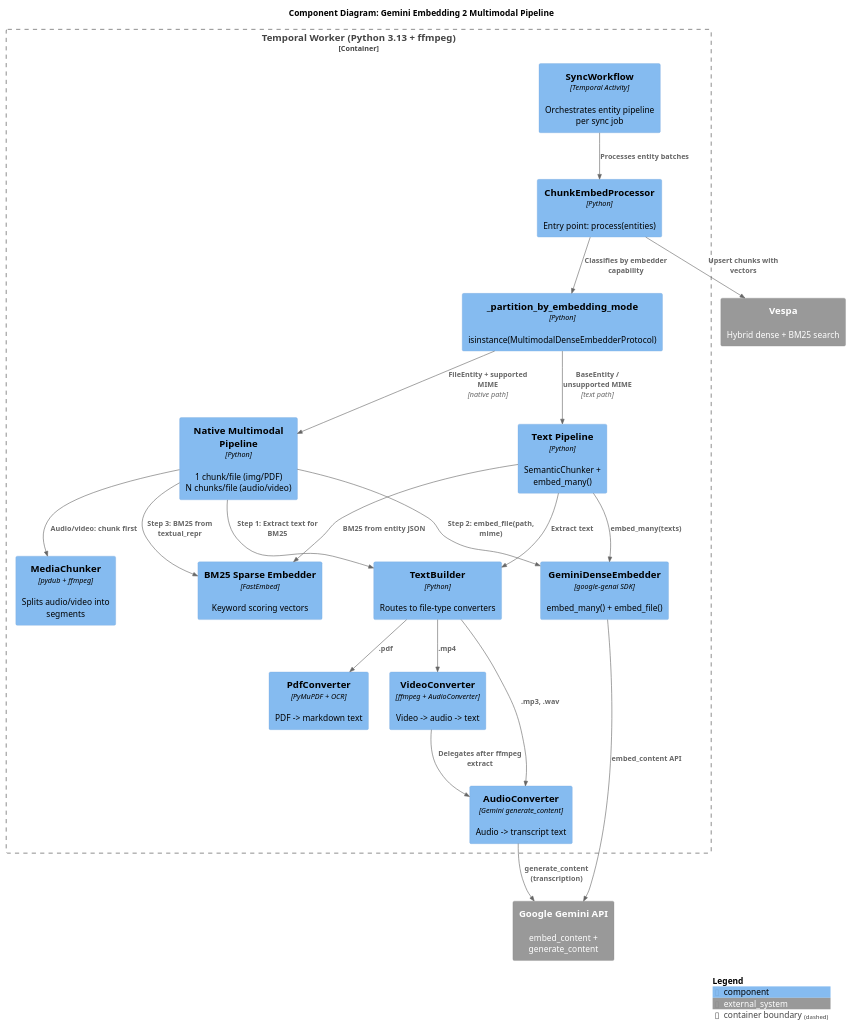
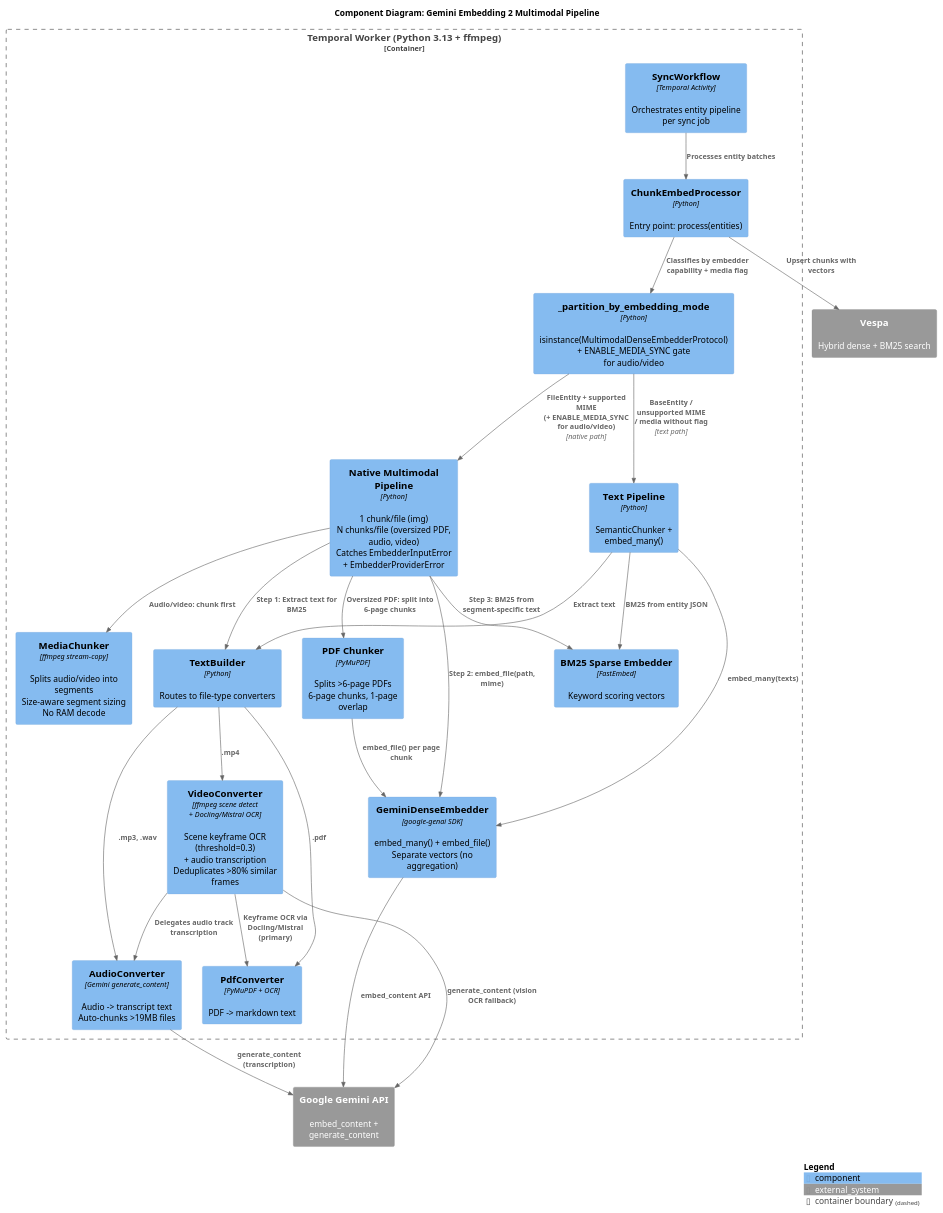
Before and after one commit to airweave-ai/airweave: the diagram in docs/gemini-embedding-2/c4-component.puml, drawn with PlantUML. The commit also changed 6 other files, not shown here.

First line of the commit message:
docs(gemini-embedding-2): comprehensive update to reflect full implementation

```diff
--- a/docs/gemini-embedding-2/c4-component.puml
+++ b/docs/gemini-embedding-2/c4-component.puml
@@ -1,55 +1,61 @@
 @startuml C4_Component_EmbeddingPipeline
 !include https://raw.githubusercontent.com/plantuml-stdlib/C4-PlantUML/master/C4_Component.puml
 
 title Component Diagram: Gemini Embedding 2 Multimodal Pipeline
 
 Container_Boundary(worker, "Temporal Worker (Python 3.13 + ffmpeg)") {
 
     Component(syncWf, "SyncWorkflow", "Temporal Activity", "Orchestrates entity pipeline per sync job")
 
     Component(chunkEmbed, "ChunkEmbedProcessor", "Python", "Entry point: process(entities)")
-    Component(partitioner, "_partition_by_embedding_mode", "Python", "isinstance(MultimodalDenseEmbedderProtocol)")
+    Component(partitioner, "_partition_by_embedding_mode", "Python", "isinstance(MultimodalDenseEmbedderProtocol)\n+ ENABLE_MEDIA_SYNC gate for audio/video")
 
-    Component(nativePipe, "Native Multimodal Pipeline", "Python", "1 chunk/file (img/PDF)\nN chunks/file (audio/video)")
+    Component(nativePipe, "Native Multimodal Pipeline", "Python", "1 chunk/file (img)\nN chunks/file (oversized PDF, audio, video)\nCatches EmbedderInputError + EmbedderProviderError")
+    Component(pdfChunker, "PDF Chunker", "PyMuPDF", "Splits >6-page PDFs\n6-page chunks, 1-page overlap")
     Component(textPipe, "Text Pipeline", "Python", "SemanticChunker + embed_many()")
 
     Component(textBuilder, "TextBuilder", "Python", "Routes to file-type converters")
-    Component(mediaChunker, "MediaChunker", "pydub + ffmpeg", "Splits audio/video into segments")
+    Component(mediaChunker, "MediaChunker", "ffmpeg stream-copy", "Splits audio/video into segments\nSize-aware segment sizing\nNo RAM decode")
 
-    Component(geminiEmbed, "GeminiDenseEmbedder", "google-genai SDK", "embed_many() + embed_file()")
+    Component(geminiEmbed, "GeminiDenseEmbedder", "google-genai SDK", "embed_many() + embed_file()\nSeparate vectors (no aggregation)")
     Component(sparseEmbed, "BM25 Sparse Embedder", "FastEmbed", "Keyword scoring vectors")
 
-    Component(audioConv, "AudioConverter", "Gemini generate_content", "Audio -> transcript text")
-    Component(videoConv, "VideoConverter", "ffmpeg + AudioConverter", "Video -> audio -> text")
+    Component(audioConv, "AudioConverter", "Gemini generate_content", "Audio -> transcript text\nAuto-chunks >19MB files")
+    Component(videoConv, "VideoConverter", "ffmpeg scene detect\n+ Docling/Mistral OCR", "Scene keyframe OCR (threshold=0.3)\n+ audio transcription\nDeduplicates >80% similar frames")
     Component(pdfConv, "PdfConverter", "PyMuPDF + OCR", "PDF -> markdown text")
 }
 
 System_Ext(geminiApi, "Google Gemini API", "embed_content + generate_content")
 System_Ext(vespa, "Vespa", "Hybrid dense + BM25 search")
 
 Rel(syncWf, chunkEmbed, "Processes entity batches")
-Rel(chunkEmbed, partitioner, "Classifies by embedder capability")
-Rel(partitioner, nativePipe, "FileEntity + supported MIME", "native path")
-Rel(partitioner, textPipe, "BaseEntity / unsupported MIME", "text path")
+Rel(chunkEmbed, partitioner, "Classifies by embedder capability + media flag")
+Rel(partitioner, nativePipe, "FileEntity + supported MIME\n(+ ENABLE_MEDIA_SYNC for audio/video)", "native path")
+Rel(partitioner, textPipe, "BaseEntity / unsupported MIME\n/ media without flag", "text path")
 
 Rel(nativePipe, textBuilder, "Step 1: Extract text for BM25")
 Rel(nativePipe, geminiEmbed, "Step 2: embed_file(path, mime)")
 Rel(nativePipe, mediaChunker, "Audio/video: chunk first")
-Rel(nativePipe, sparseEmbed, "Step 3: BM25 from textual_repr")
+Rel(nativePipe, pdfChunker, "Oversized PDF: split into 6-page chunks")
+Rel(nativePipe, sparseEmbed, "Step 3: BM25 from segment-specific text")
+
+Rel(pdfChunker, geminiEmbed, "embed_file() per page chunk")
 
 Rel(textPipe, textBuilder, "Extract text")
 Rel(textPipe, geminiEmbed, "embed_many(texts)")
 Rel(textPipe, sparseEmbed, "BM25 from entity JSON")
 
 Rel(textBuilder, pdfConv, ".pdf")
 Rel(textBuilder, audioConv, ".mp3, .wav")
 Rel(textBuilder, videoConv, ".mp4")
 
 Rel(geminiEmbed, geminiApi, "embed_content API")
 Rel(audioConv, geminiApi, "generate_content (transcription)")
-Rel(videoConv, audioConv, "Delegates after ffmpeg extract")
+Rel(videoConv, audioConv, "Delegates audio track transcription")
+Rel(videoConv, pdfConv, "Keyframe OCR via Docling/Mistral (primary)")
+Rel(videoConv, geminiApi, "generate_content (vision OCR fallback)")
 
 Rel(chunkEmbed, vespa, "Upsert chunks with vectors")
 
 SHOW_LEGEND()
 @enduml
```
